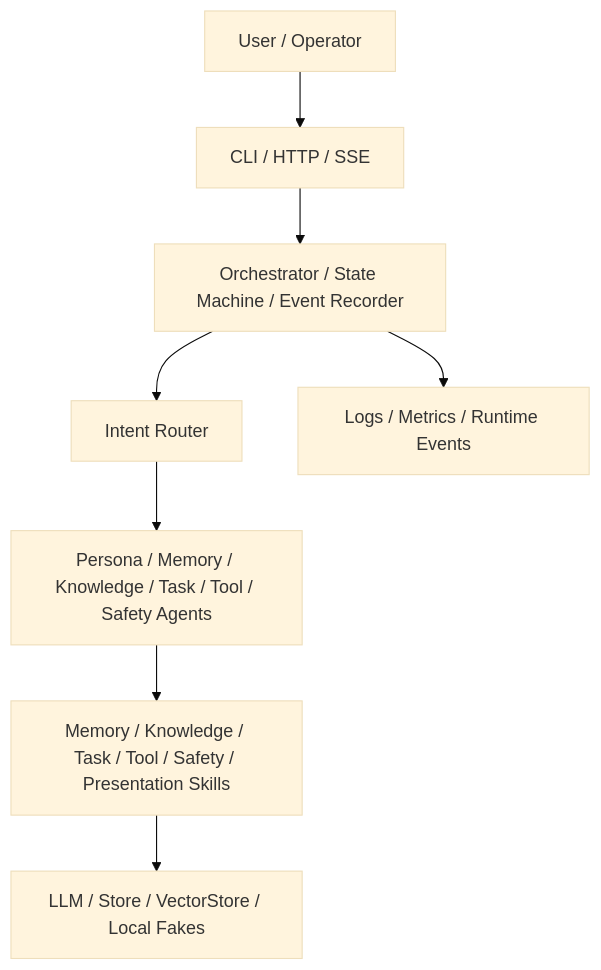
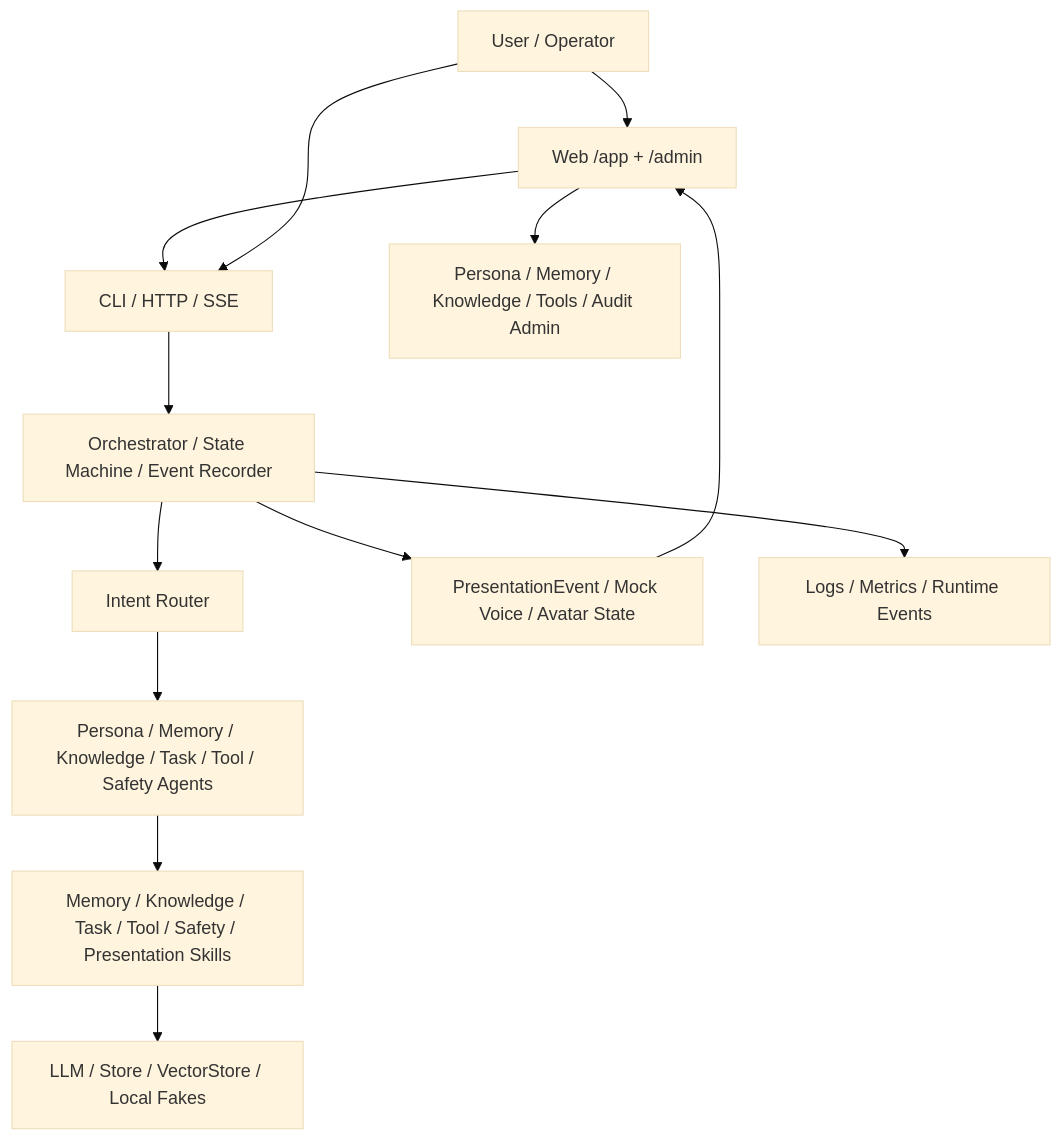
One commit to nobodycan/digital-twin changed the diagram in README.md. Above: the diagram before and after it, drawn with Mermaid (base theme). The commit also changed other lines of this file and 45 other files, not shown here.

````diff
--- a/README.md
+++ b/README.md
@@ -29,10 +31,15 @@
 ```mermaid
 flowchart TD
-    User["User / Operator"] --> API["CLI / HTTP / SSE"]
+    User["User / Operator"] --> Web["Web /app + /admin"]
+    Web --> API["HTTP / SSE"]
+    User --> API["CLI / HTTP / SSE"]
     API --> Runtime["Orchestrator / State Machine / Event Recorder"]
     Runtime --> Router["Intent Router"]
     Router --> Agents["Persona / Memory / Knowledge / Task / Tool / Safety Agents"]
     Agents --> Skills["Memory / Knowledge / Task / Tool / Safety / Presentation Skills"]
     Skills --> Infra["LLM / Store / VectorStore / Local Fakes"]
+    Runtime --> Presentation["PresentationEvent / Mock Voice / Avatar State"]
+    Presentation --> Web
+    Web --> Admin["Persona / Memory / Knowledge / Tools / Audit Admin"]
     Runtime --> Observability["Logs / Metrics / Runtime Events"]
 ```
````
